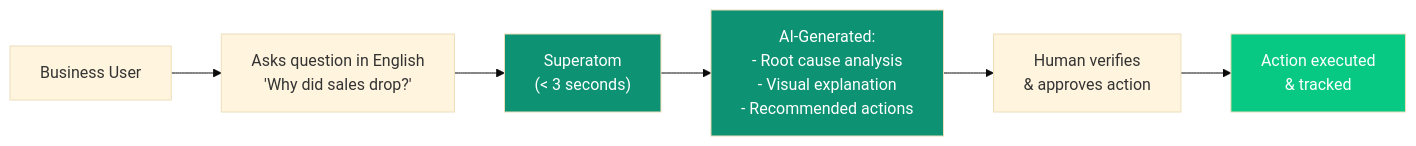
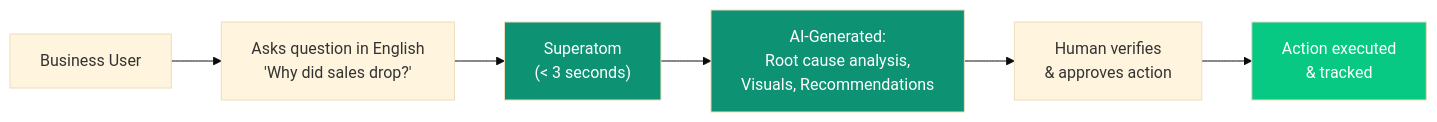
The third of 5 diagrams in introduction/comparison.mdx (ashishsuperatom/tech-docs), drawn with Mermaid (base theme) before and after one commit. The commit also changed other lines of this file and 115 other files, not shown here.

First line of the commit message:
Fix Mermaid diagrams and update documentation

````diff
--- a/introduction/comparison.mdx
+++ b/introduction/comparison.mdx
@@ -118,16 +118,16 @@
 ```mermaid
 flowchart LR
-    USER["Business User"] --> QUESTION["Asks question in English\n'Why did sales drop?'"]
+    USER["Business User"] --> QUESTION["Asks question in English<br>'Why did sales drop?'"]
 
-    QUESTION --> SUPERATOM["Superatom\n(< 3 seconds)"]
+    QUESTION --> SUPERATOM["Superatom<br>(< 3 seconds)"]
 
-    SUPERATOM --> INSIGHT["AI-Generated:\n- Root cause analysis\n- Visual explanation\n- Recommended actions"]
+    SUPERATOM --> INSIGHT["AI-Generated:<br>Root cause analysis,<br>Visuals, Recommendations"]
 
-    INSIGHT --> VERIFY["Human verifies\n& approves action"]
+    INSIGHT --> VERIFY["Human verifies<br>& approves action"]
 
-    VERIFY --> EXECUTE["Action executed\n& tracked"]
+    VERIFY --> EXECUTE["Action executed<br>& tracked"]
 
     style SUPERATOM fill:#0D9373,color:#fff
     style INSIGHT fill:#0D9373,color:#fff
     style EXECUTE fill:#07C983,color:#fff
 ```
````
